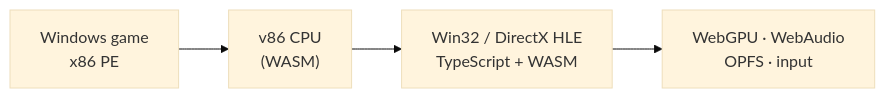
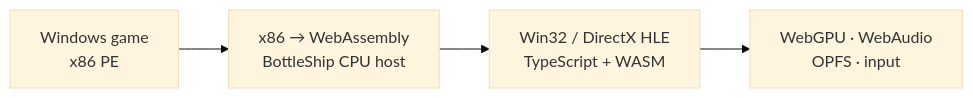
One commit to jenissimo/bottleship changed the diagram in README.md. Above: the diagram before and after it, drawn with Mermaid (base theme). The commit also changed other lines of this file and 67 other files, not shown here.

Commit message:
Run the BottleShip HLE on a standalone x86-to-Wasm backend

````diff
--- a/README.md
+++ b/README.md
@@ -53,6 +53,6 @@
 ```mermaid
 flowchart LR
-    GAME["Windows game<br/>x86 PE"] --> CPU["v86 CPU<br/>(WASM)"]
+    GAME["Windows game<br/>x86 PE"] --> CPU["x86 → WebAssembly<br/>BottleShip CPU host"]
     CPU --> HLE["Win32 / DirectX HLE<br/>TypeScript + WASM"]
     HLE --> WEB["WebGPU · WebAudio<br/>OPFS · input"]
 ```
````
